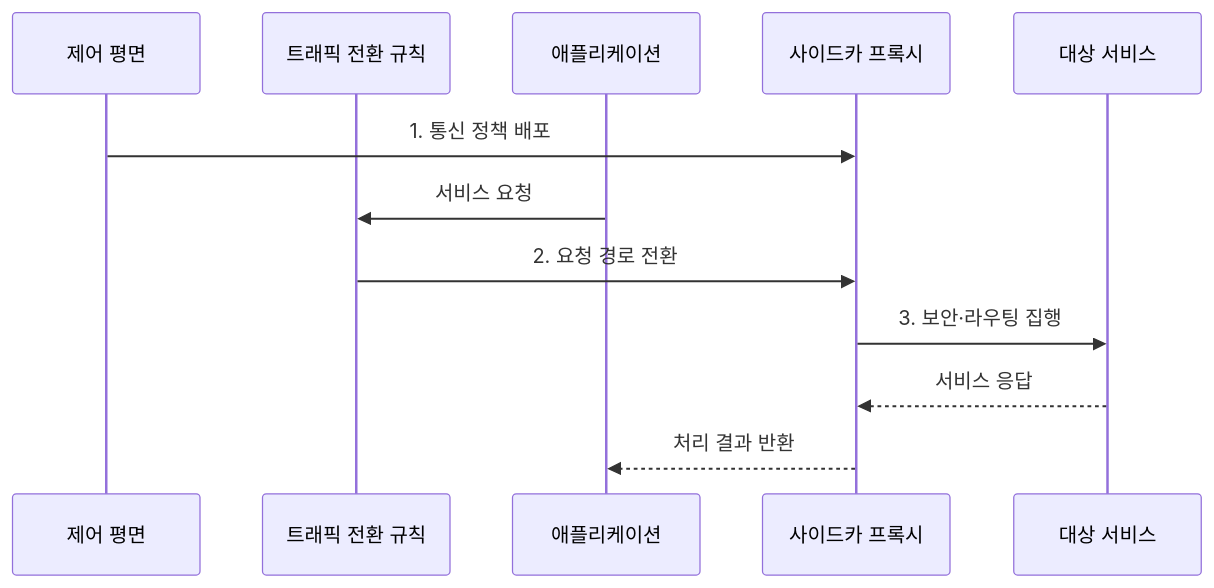
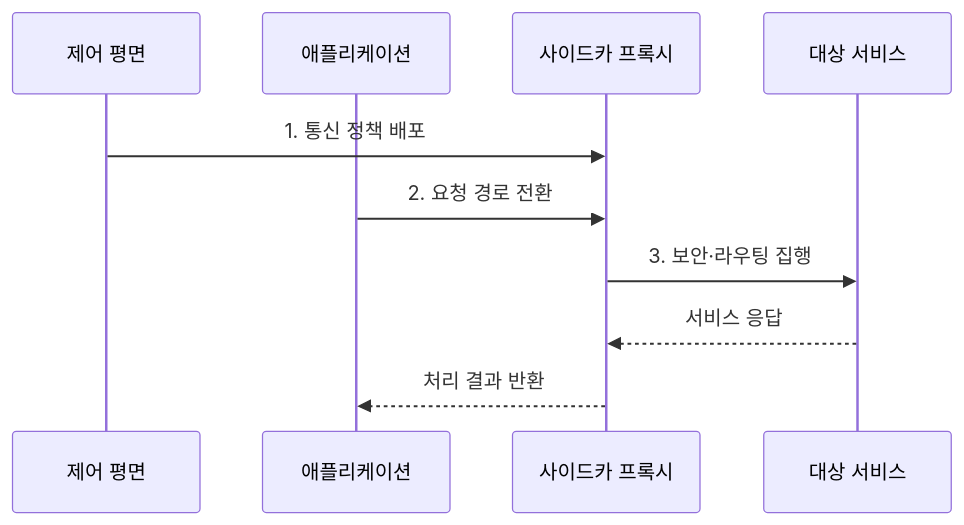
The second of 2 diagrams in src/content/docs/notes/08-latest-tech/164_sidecar_proxy.md (agnusdei1207/knowledge-base), drawn with Mermaid before and after one commit. The commit also changed 9 other files, not shown here.

Commit message:
Simplify distributed platform flows

````diff
--- a/src/content/docs/notes/08-latest-tech/164_sidecar_proxy.md
+++ b/src/content/docs/notes/08-latest-tech/164_sidecar_proxy.md
@@ -102,14 +102,12 @@
 ```mermaid
 sequenceDiagram
   participant C as 제어 평면
-  participant R as 트래픽 전환 규칙
   participant A as 애플리케이션
   participant P as 사이드카 프록시
   participant D as 대상 서비스
   C->>P: 1. 통신 정책 배포
-  A->>R: 서비스 요청
-  R->>P: 2. 요청 경로 전환
+    A->>P: 2. 요청 경로 전환
   P->>D: 3. 보안·라우팅 집행
   D-->>P: 서비스 응답
   P-->>A: 처리 결과 반환
 ```
````
